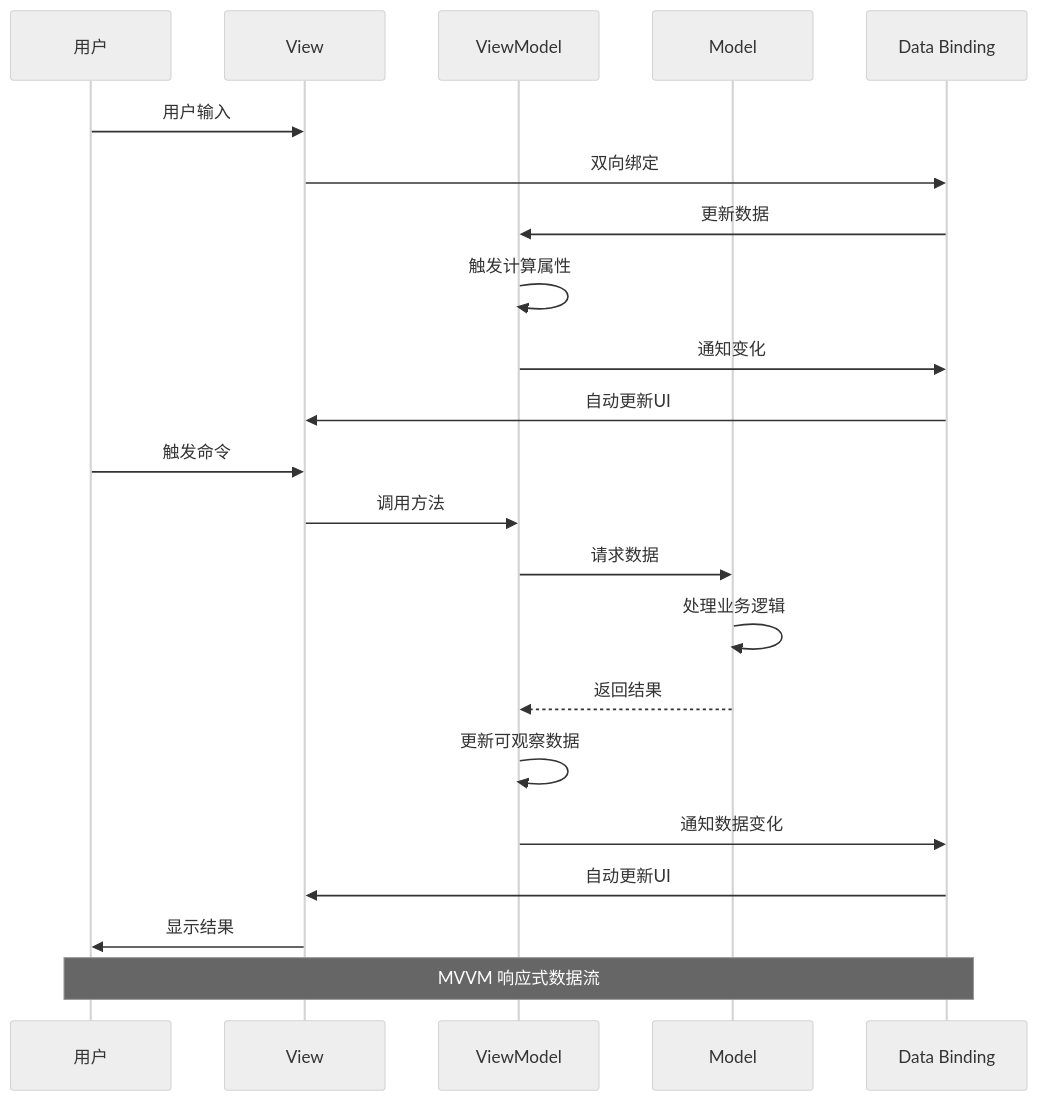
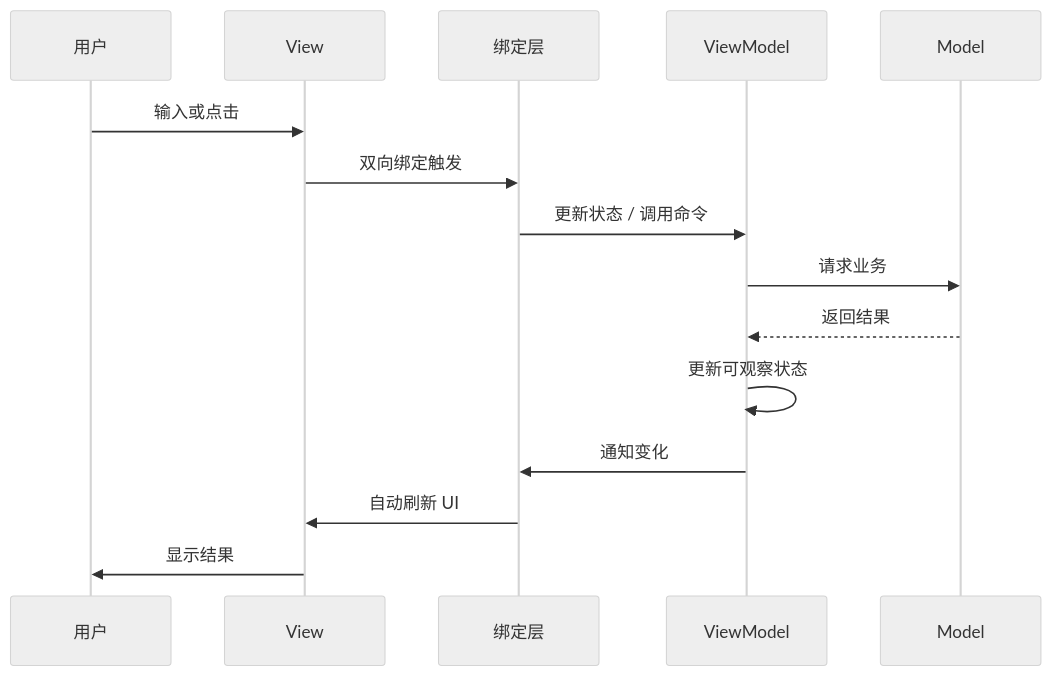
Diagram 12 of 17 in 00.通用技术的提升/07.方案设计思想/卷一-架构与组件/01.通用架构设计方案.md (chongyang211/YCBookBlog), drawn with Mermaid (neutral theme) before and after one commit. The commit also changed other lines of this file and 5 other files, not shown here.

````diff
--- a/00.通用技术的提升/07.方案设计思想/卷一-架构与组件/01.通用架构设计方案.md
+++ b/00.通用技术的提升/07.方案设计思想/卷一-架构与组件/01.通用架构设计方案.md
@@ -658,27 +406,18 @@
 ```mermaid
 sequenceDiagram
     participant User as 用户
     participant View as View
-    participant ViewModel as ViewModel
+    participant Binding as 绑定层
+    participant VM as ViewModel
     participant Model as Model
-    participant Binding as Data Binding
     
-    User->>View: 用户输入
-    View->>Binding: 双向绑定
-    Binding->>ViewModel: 更新数据
-    ViewModel->>ViewModel: 触发计算属性
-    ViewModel->>Binding: 通知变化
-    Binding->>View: 自动更新UI
-    
-    User->>View: 触发命令
-    View->>ViewModel: 调用方法
-    ViewModel->>Model: 请求数据
-    Model->>Model: 处理业务逻辑
-    Model-->>ViewModel: 返回结果
-    ViewModel->>ViewModel: 更新可观察数据
-    ViewModel->>Binding: 通知数据变化
-    Binding->>View: 自动更新UI
+    User->>View: 输入或点击
+    View->>Binding: 双向绑定触发
+    Binding->>VM: 更新状态 / 调用命令
+    VM->>Model: 请求业务
+    Model-->>VM: 返回结果
+    VM->>VM: 更新可观察状态
+    VM->>Binding: 通知变化
+    Binding->>View: 自动刷新 UI
     View->>User: 显示结果
-    
-    Note over User,Binding: MVVM 响应式数据流
 ```
````
